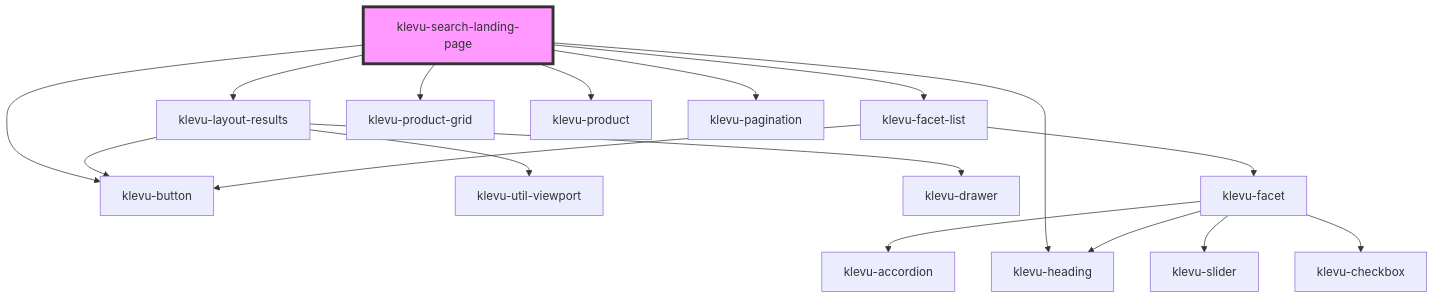
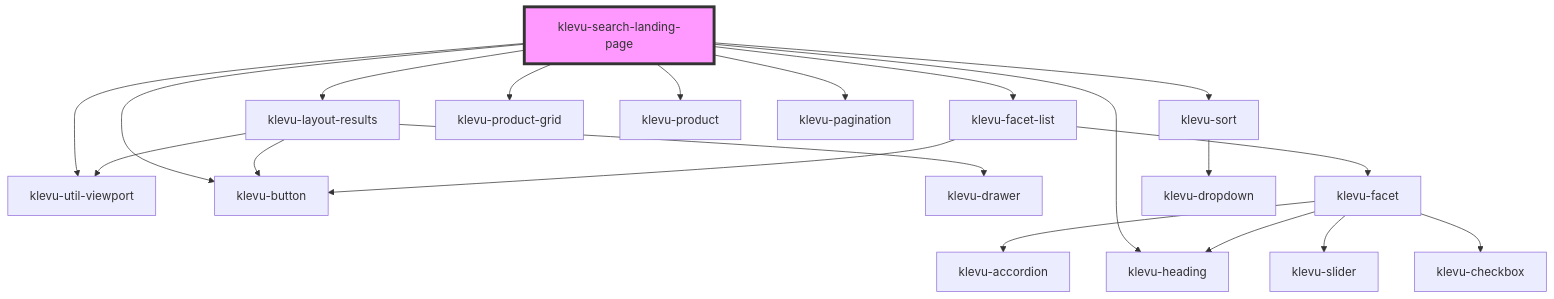
One commit to klevultd/frontend-sdk changed the diagram in packages/klevu-ui/src/components/klevu-search-landing-page/readme.md. Above: the diagram before and after it, drawn with Mermaid. The commit also changed other lines of this file and 26 other files, not shown here.

````diff
--- a/packages/klevu-ui/src/components/klevu-search-landing-page/readme.md
+++ b/packages/klevu-ui/src/components/klevu-search-landing-page/readme.md
@@ -36,20 +38,23 @@
 ```mermaid
 graph TD;
+  klevu-search-landing-page --> klevu-util-viewport
   klevu-search-landing-page --> klevu-layout-results
   klevu-search-landing-page --> klevu-facet-list
   klevu-search-landing-page --> klevu-heading
+  klevu-search-landing-page --> klevu-sort
   klevu-search-landing-page --> klevu-product-grid
   klevu-search-landing-page --> klevu-product
   klevu-search-landing-page --> klevu-pagination
   klevu-search-landing-page --> klevu-button
   klevu-layout-results --> klevu-util-viewport
   klevu-layout-results --> klevu-drawer
   klevu-layout-results --> klevu-button
   klevu-facet-list --> klevu-facet
   klevu-facet-list --> klevu-button
   klevu-facet --> klevu-accordion
   klevu-facet --> klevu-heading
   klevu-facet --> klevu-slider
   klevu-facet --> klevu-checkbox
+  klevu-sort --> klevu-dropdown
   style klevu-search-landing-page fill:#f9f,stroke:#333,stroke-width:4px
 ```
````
